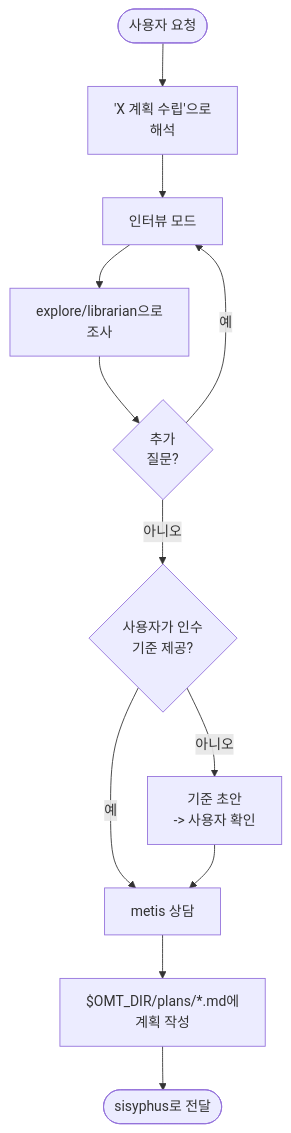
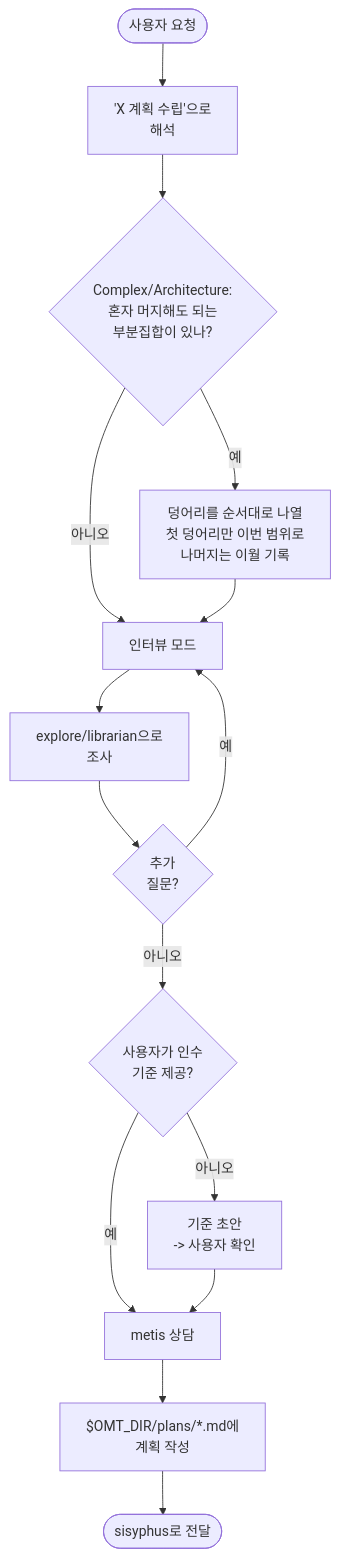
The third of 4 diagrams in docs/skills/core-pipeline.md (toongri/oh-my-toong-playground), drawn with Mermaid before and after one commit. The commit also changed other lines of this file and 8 other files, not shown here.

````diff
--- a/docs/skills/core-pipeline.md
+++ b/docs/skills/core-pipeline.md
@@ -97,14 +97,17 @@
 ```mermaid
 flowchart TB
     Start([사용자 요청]) --> Interpret["'X 계획 수립'으로<br/>해석"]
-    Interpret --> Interview[인터뷰 모드]
+    Interpret --> Split{"Complex/Architecture:<br/>혼자 머지해도 되는<br/>부분집합이 있나?"}
+    Split -->|아니오| Interview[인터뷰 모드]
+    Split -->|예| Slice["덩어리를 순서대로 나열<br/>첫 덩어리만 이번 범위로<br/>나머지는 이월 기록"]
+    Slice --> Interview
     Interview --> Research[explore/librarian으로<br/>조사]
     Research --> More{추가<br/>질문?}
     More -->|예| Interview
     More -->|아니오| Criteria{사용자가 인수<br/>기준 제공?}
     Criteria -->|예| Metis[metis 상담]
     Criteria -->|아니오| Draft[기준 초안<br/>-> 사용자 확인]
     Draft --> Metis
     Metis --> Write["$OMT_DIR/plans/*.md에<br/>계획 작성"]
     Write --> Handoff([sisyphus로 전달])
 ```
````
